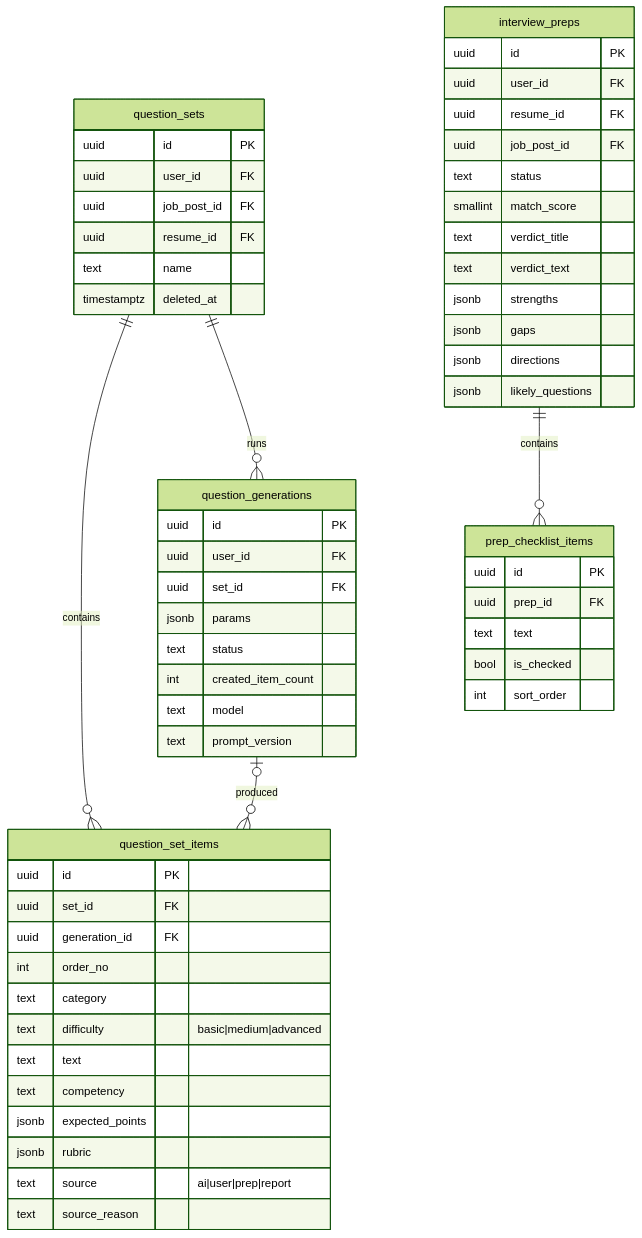
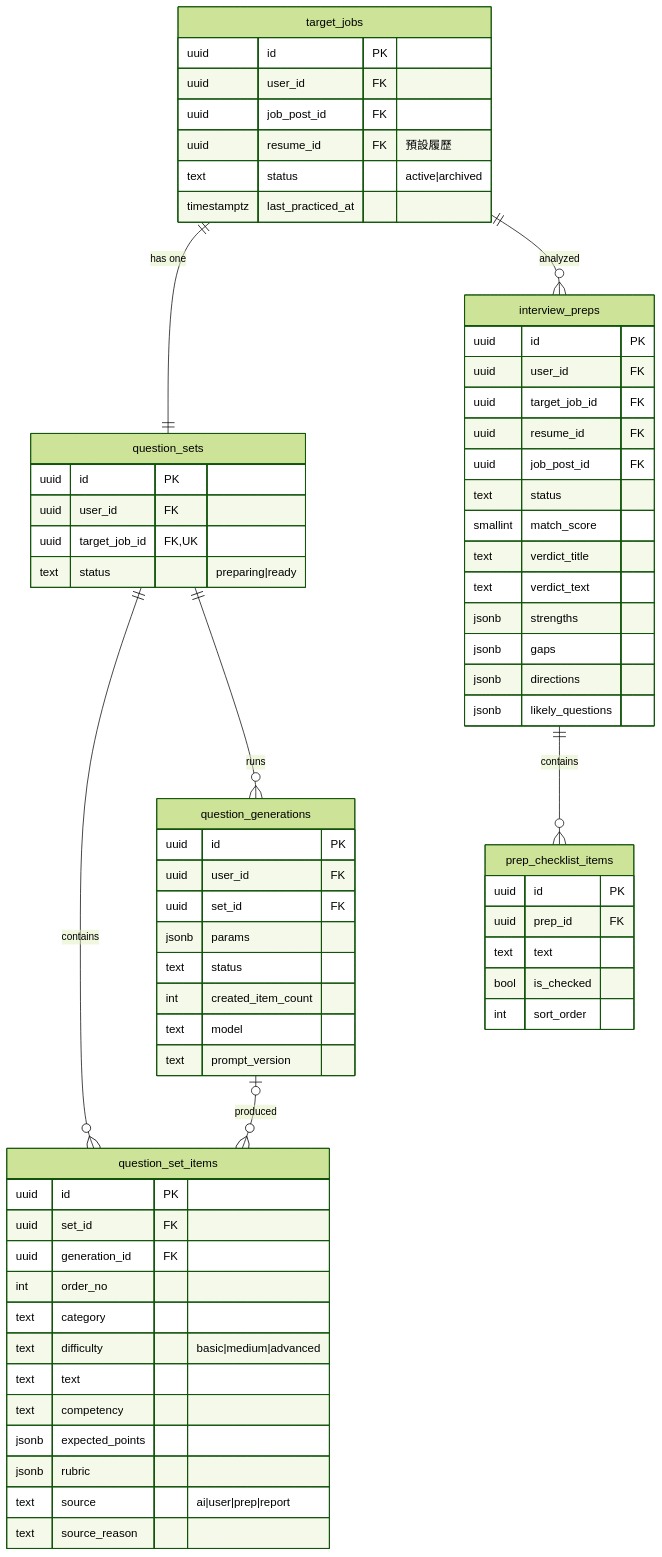
The third of 4 diagrams in spec/postgresql.md (WilliamTsai1227/AI_Interview), drawn with Mermaid (forest theme) before and after one commit. The commit also changed other lines of this file and 4 other files, not shown here.

````diff
--- a/spec/postgresql.md
+++ b/spec/postgresql.md
@@ -173,60 +171,69 @@
 ```mermaid
 erDiagram
+    target_jobs {
+        uuid id PK
+        uuid user_id FK
+        uuid job_post_id FK
+        uuid resume_id FK "預設履歷"
+        text status "active|archived"
+        timestamptz last_practiced_at
+    }
     question_sets {
         uuid id PK
         uuid user_id FK
-        uuid job_post_id FK
-        uuid resume_id FK
-        text name
-        timestamptz deleted_at
+        uuid target_job_id FK,UK
+        text status "preparing|ready"
     }
     question_set_items {
         uuid id PK
         uuid set_id FK
         uuid generation_id FK
         int order_no
         text category
         text difficulty "basic|medium|advanced"
         text text
         text competency
         jsonb expected_points
         jsonb rubric
         text source "ai|user|prep|report"
         text source_reason
     }
     question_generations {
         uuid id PK
         uuid user_id FK
         uuid set_id FK
         jsonb params
         text status
         int created_item_count
         text model
         text prompt_version
     }
     interview_preps {
         uuid id PK
         uuid user_id FK
+        uuid target_job_id FK
         uuid resume_id FK
         uuid job_post_id FK
         text status
         smallint match_score
         text verdict_title
         text verdict_text
         jsonb strengths
         jsonb gaps
         jsonb directions
         jsonb likely_questions
     }
     prep_checklist_items {
         uuid id PK
         uuid prep_id FK
         text text
         bool is_checked
         int sort_order
     }
+    target_jobs ||--|| question_sets : "has one"
+    target_jobs ||--o{ interview_preps : analyzed
     question_sets ||--o{ question_set_items : contains
     question_sets ||--o{ question_generations : runs
     question_generations |o--o{ question_set_items : produced
     interview_preps ||--o{ prep_checklist_items : contains
 ```
````
